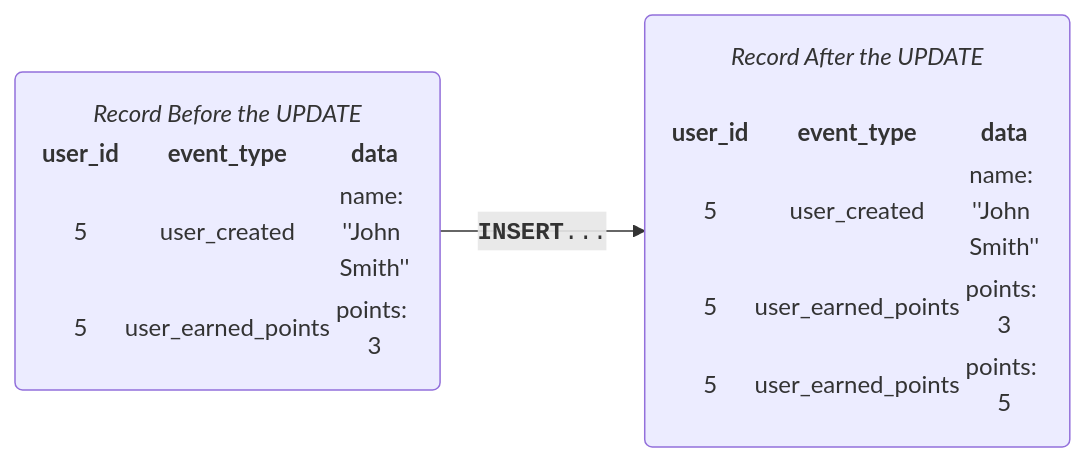
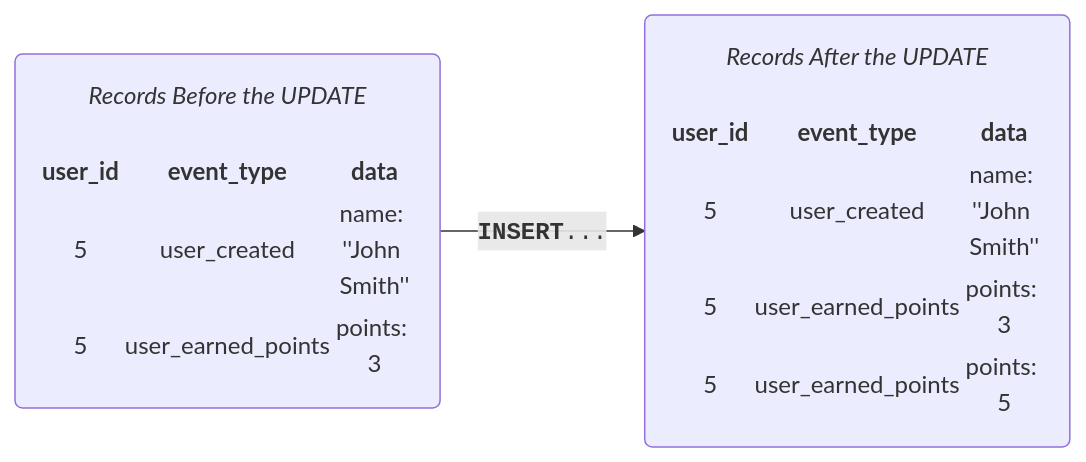
The fourth of 6 diagrams in docs/README.md (outsidenote/eventualize), drawn with Mermaid before and after one commit. The commit also changed other lines of this file, not shown here.

Commit message:
[Solution] add spacing in mermaid tables in README.md

````diff
--- a/docs/README.md
+++ b/docs/README.md
@@ -48,9 +52,10 @@
 ```mermaid
 flowchart LR;
-a("<i>Record Before the UPDATE<i/><table><tr><th>user_id</th><th>event_type</th><th>data</th></tr><tr><td>5</td><td>user_created</td><td>name: ''John Smith''</td></tr>
+a("<i>Records Before the UPDATE<i/><table><tr><th>user_id</th><th>event_type</th><th>data</th></tr>
+<tr><td>5</td><td>user_created</td><td>name: ''John Smith''</td></tr>
 <tr><td>5</td><td>user_earned_points</td><td>points: 3</td></tr></table>");
-b("<i>Record After the UPDATE<i/><table><tr><th>user_id</th><th>event_type</th><th>data</th></tr><tr><td>5</td><td>user_created</td><td>name: ''John Smith''</td></tr>
+b("<i>Records After the UPDATE<i/><table><tr><th>user_id</th><th>event_type</th><th>data</th></tr><tr><td>5</td><td>user_created</td><td>name: ''John Smith''</td></tr>
 <tr><td>5</td><td>user_earned_points</td><td>points: 3</td></tr>
 <tr><td>5</td><td>user_earned_points</td><td>points: 5</td></tr></table>");
 a -->|"<code><b>INSERT</b>...</code>"| b;
 ```
````
